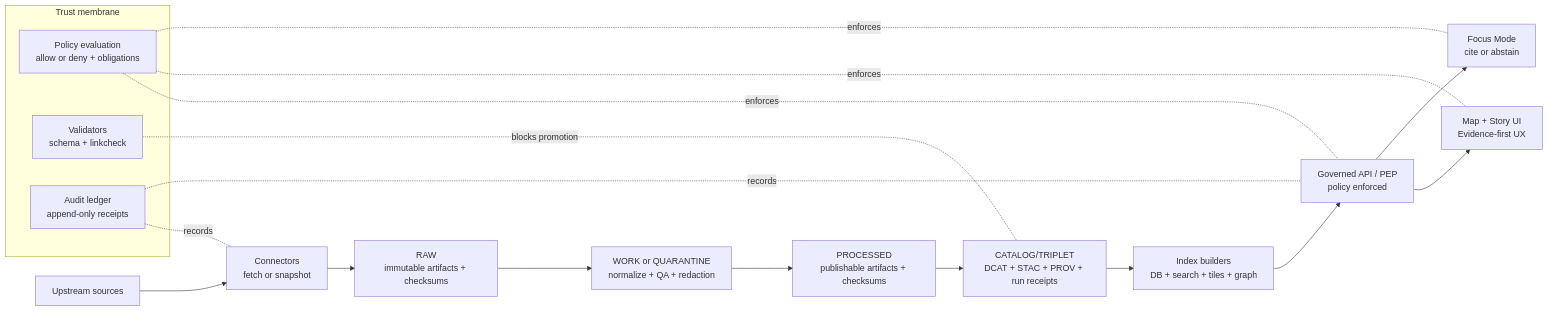
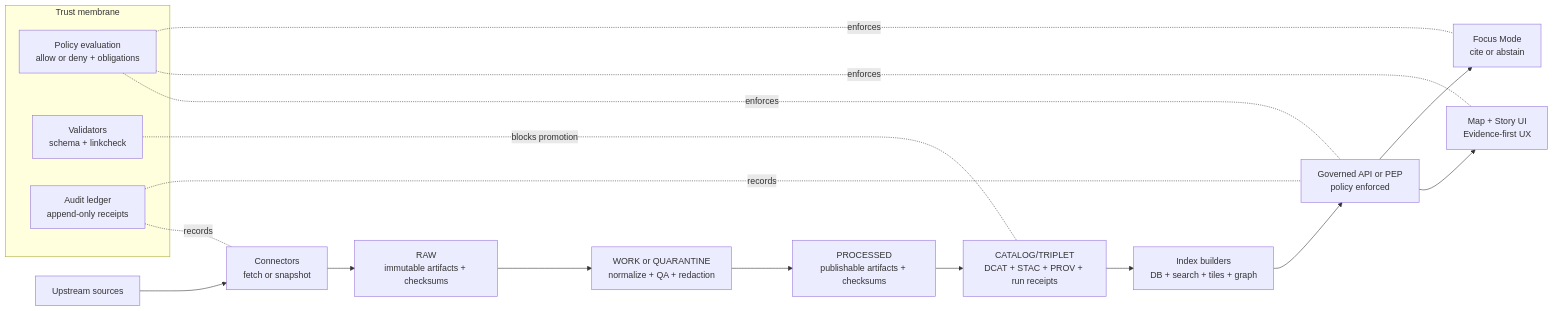
Before and after one commit to bartytime4life/Kansas-Frontier-Matrix: the first of 2 diagrams in docs/architecture/README.md, drawn with Mermaid. The commit also changed other lines of this file, not shown here.

````diff
--- a/docs/architecture/README.md
+++ b/docs/architecture/README.md
@@ -70,26 +71,26 @@
 ```mermaid
 flowchart LR
   UP[Upstream sources] --> CON[Connectors\nfetch or snapshot]
   CON --> RAW[RAW\nimmutable artifacts + checksums]
   RAW --> WRK[WORK or QUARANTINE\nnormalize + QA + redaction]
   WRK --> PRC[PROCESSED\npublishable artifacts + checksums]
   PRC --> CAT[CATALOG/TRIPLET\nDCAT + STAC + PROV + run receipts]
   CAT --> IDX[Index builders\nDB + search + tiles + graph]
-  IDX --> PEP[Governed API / PEP\npolicy enforced]
+  IDX --> PEP[Governed API or PEP\npolicy enforced]
   PEP --> UI[Map + Story UI\nEvidence-first UX]
   PEP --> FOCUS[Focus Mode\ncite or abstain]
 
   subgraph TM[Trust membrane]
     POL[Policy evaluation\nallow or deny + obligations]
     VAL[Validators\nschema + linkcheck]
     AUD[Audit ledger\nappend-only receipts]
   end
 
   POL -.enforces.- PEP
   POL -.enforces.- UI
   POL -.enforces.- FOCUS
 
   VAL -.blocks promotion.- CAT
   AUD -.records.- CON
   AUD -.records.- PEP
 ```
````
